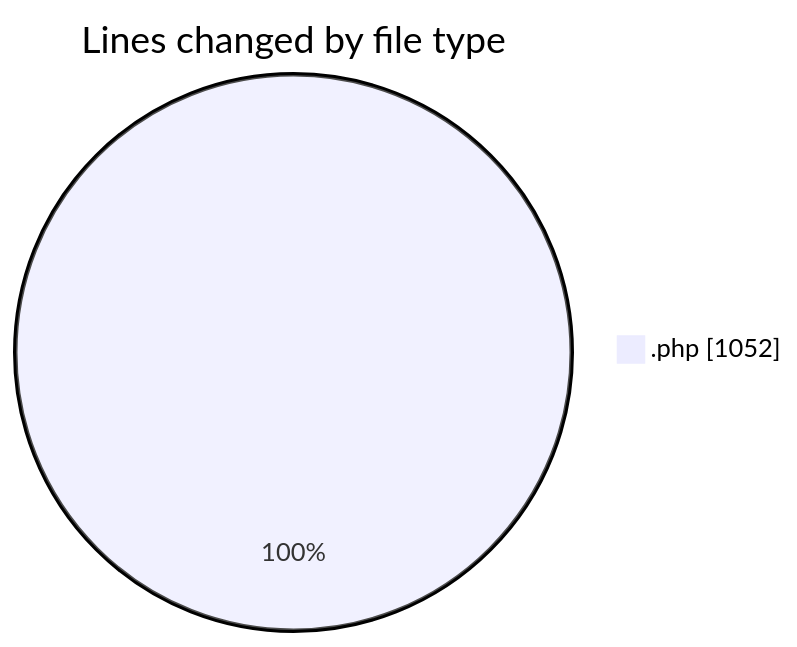
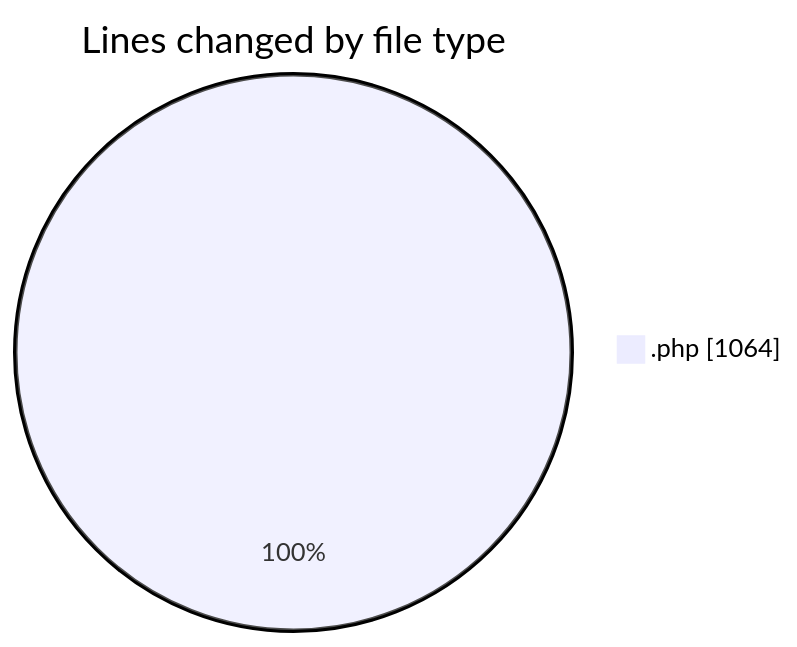
Before and after one commit to debugP/code-tracking: the first of 2 diagrams in 2025-09-24/plugins/README.md, drawn with Mermaid. The commit also changed other lines of this file and 1 other file, not shown here.

````diff
--- a/2025-09-24/plugins/README.md
+++ b/2025-09-24/plugins/README.md
@@ -20,5 +20,5 @@
 ```mermaid
 pie showData
 title Lines changed by file type
-".php" : 1052
+".php" : 1064
 ```
````
